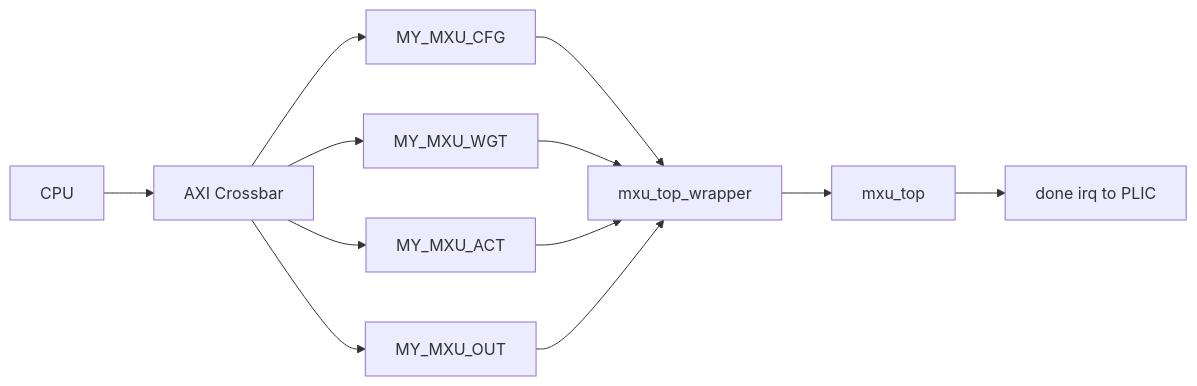
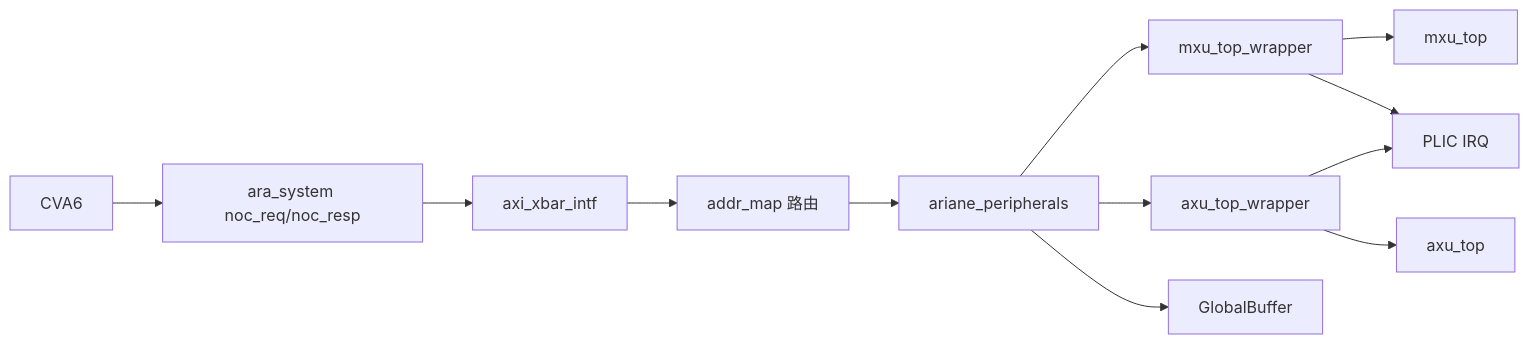
One commit to AstroCIEL/Soc_w_ASIC changed the first of 2 diagrams in doc/如何修改hardware文件夹下的内容？.md. Above: the diagram before and after it, drawn with Mermaid. The commit also changed other lines of this file and 2 other files, not shown here.

````diff
--- a/doc/如何修改hardware文件夹下的内容？.md
+++ b/doc/如何修改hardware文件夹下的内容？.md
@@ -59,14 +43,14 @@
 ```mermaid
 flowchart LR
-  cpu["CPU"] --> axiXbar["AXI Crossbar"]
-  axiXbar --> cfgSlave["MY_MXU_CFG"]
-  axiXbar --> wgtSlave["MY_MXU_WGT"]
-  axiXbar --> actSlave["MY_MXU_ACT"]
-  axiXbar --> outSlave["MY_MXU_OUT"]
-  cfgSlave --> wrapper["mxu_top_wrapper"]
-  wgtSlave --> wrapper
-  actSlave --> wrapper
-  outSlave --> wrapper
-  wrapper --> mxuTop["mxu_top"]
-  mxuTop --> doneIrq["done irq to PLIC"]
+  cva6["CVA6"] --> araSystem["ara_system noc_req/noc_resp"]
+  araSystem --> axiXbar["axi_xbar_intf"]
+  axiXbar --> addrMap["addr_map 路由"]
+  addrMap --> peripherals["ariane_peripherals"]
+  peripherals --> mxuWrapper["mxu_top_wrapper"]
+  peripherals --> axuWrapper["axu_top_wrapper"]
+  peripherals --> globalBuffer["GlobalBuffer"]
+  mxuWrapper --> mxuCore["mxu_top"]
+  axuWrapper --> axuCore["axu_top"]
+  mxuWrapper --> plic["PLIC IRQ"]
+  axuWrapper --> plic
 ```
````
